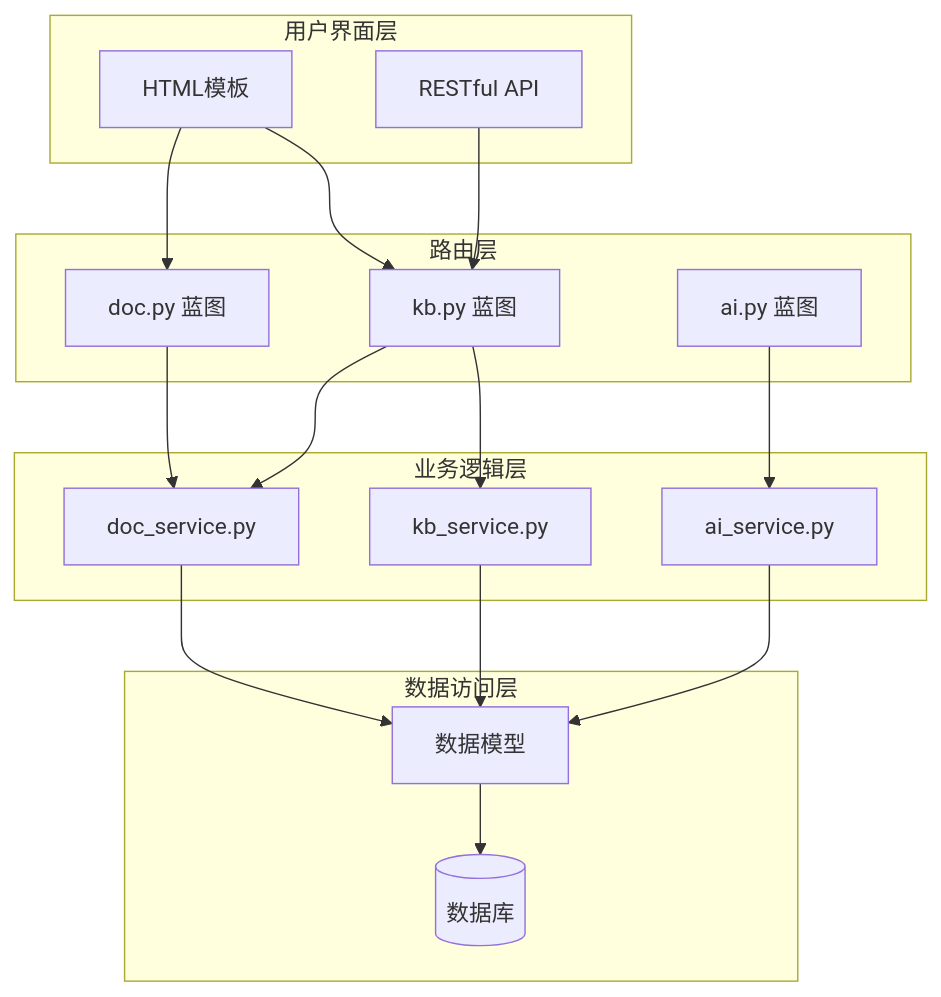
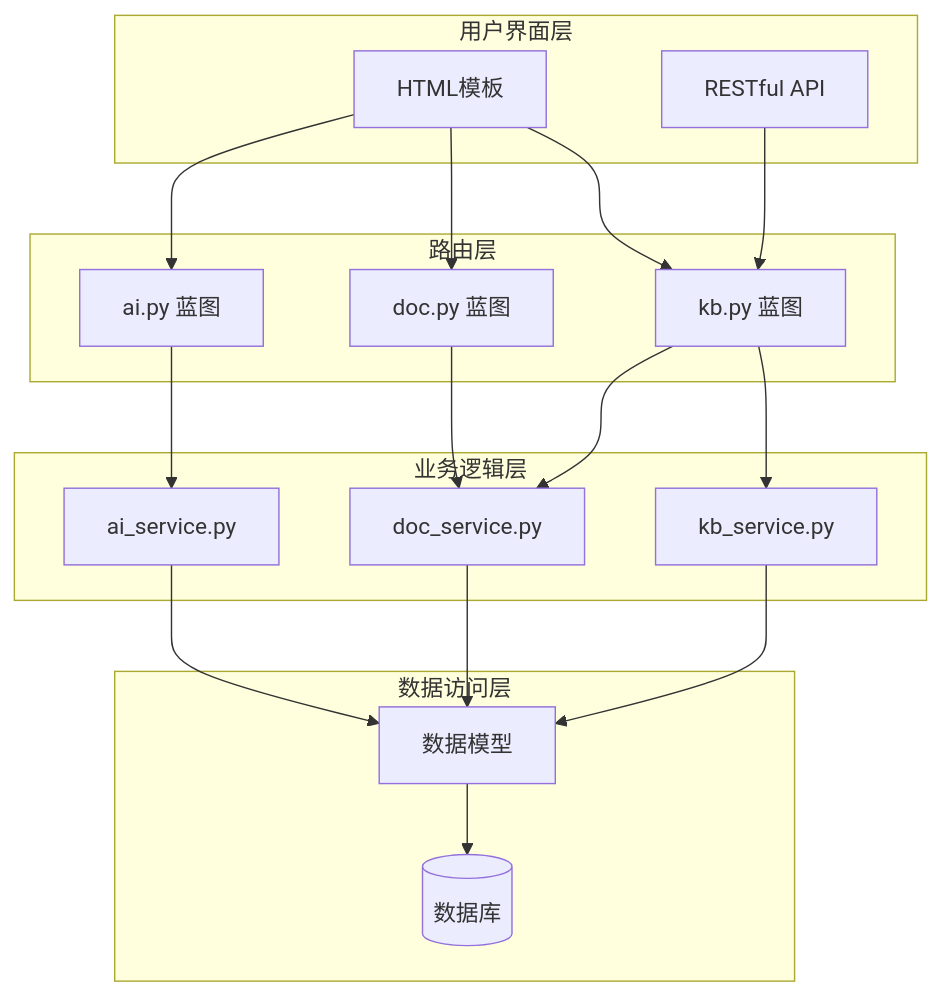
One commit to beyondalbert/my_wiki changed the third of 15 diagrams in .qoder/repowiki/zh/content/核心模块/知识库管理模块/知识库管理模块.md. Above: the diagram before and after it, drawn with Mermaid. The commit also changed other lines of this file and 17 other files, not shown here.

````diff
--- a/.qoder/repowiki/zh/content/核心模块/知识库管理模块/知识库管理模块.md
+++ b/.qoder/repowiki/zh/content/核心模块/知识库管理模块/知识库管理模块.md
@@ -186,32 +216,33 @@
 ```mermaid
 graph TB
 subgraph "用户界面层"
 UI[HTML模板]
 API[RESTful API]
 end
 subgraph "路由层"
 KB_BP[kb.py 蓝图]
 DOC_BP[doc.py 蓝图]
 AI_BP[ai.py 蓝图]
 end
 subgraph "业务逻辑层"
 KB_SERVICE[kb_service.py]
 DOC_SERVICE[doc_service.py]
 AI_SERVICE[ai_service.py]
 end
 subgraph "数据访问层"
 MODELS[数据模型]
 DB[(数据库)]
 end
 UI --> KB_BP
 UI --> DOC_BP
+UI --> AI_BP
 API --> KB_BP
 KB_BP --> KB_SERVICE
 KB_BP --> DOC_SERVICE
 DOC_BP --> DOC_SERVICE
 AI_BP --> AI_SERVICE
 KB_SERVICE --> MODELS
 DOC_SERVICE --> MODELS
 AI_SERVICE --> MODELS
 MODELS --> DB
 ```
````
